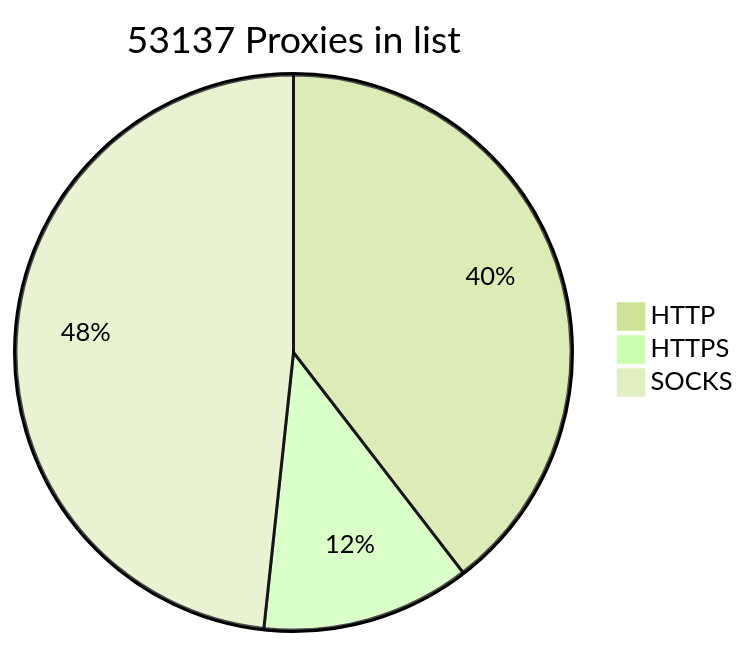
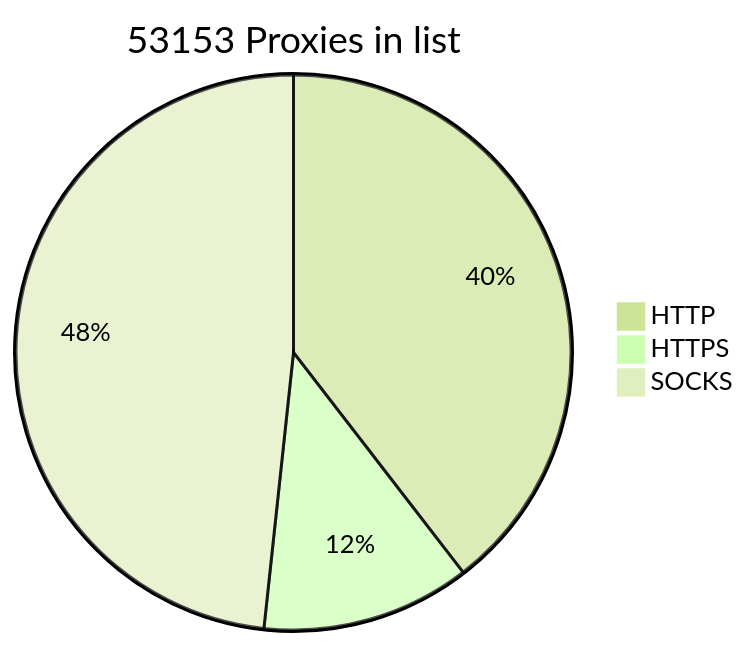
One commit to BlackSnowDot/proxylist-update-every-minute changed the diagram in README.md. Above: the diagram before and after it, drawn with Mermaid (forest theme).

````diff
--- a/README.md
+++ b/README.md
@@ -2,6 +2,6 @@
 ```mermaid
-pie title 53137 Proxies in list
+pie title 53153 Proxies in list
     "HTTP" : 23470
-    "HTTPS": 7212
-    "SOCKS" : 28660
+    "HTTPS": 7218
+    "SOCKS" : 28670
 ```
````
